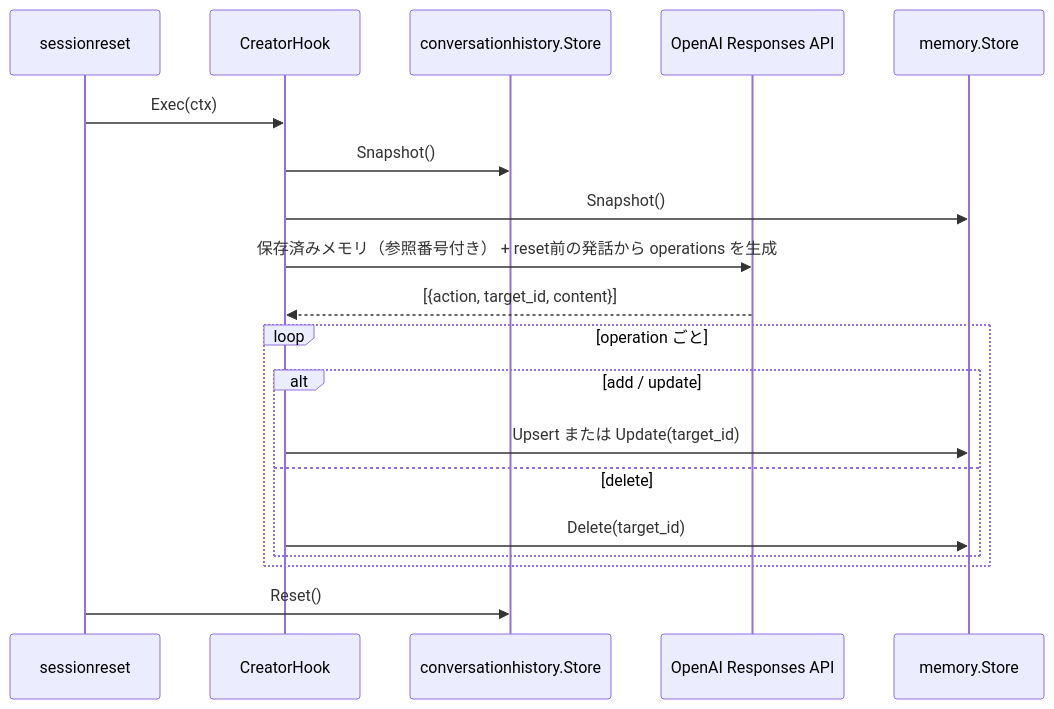
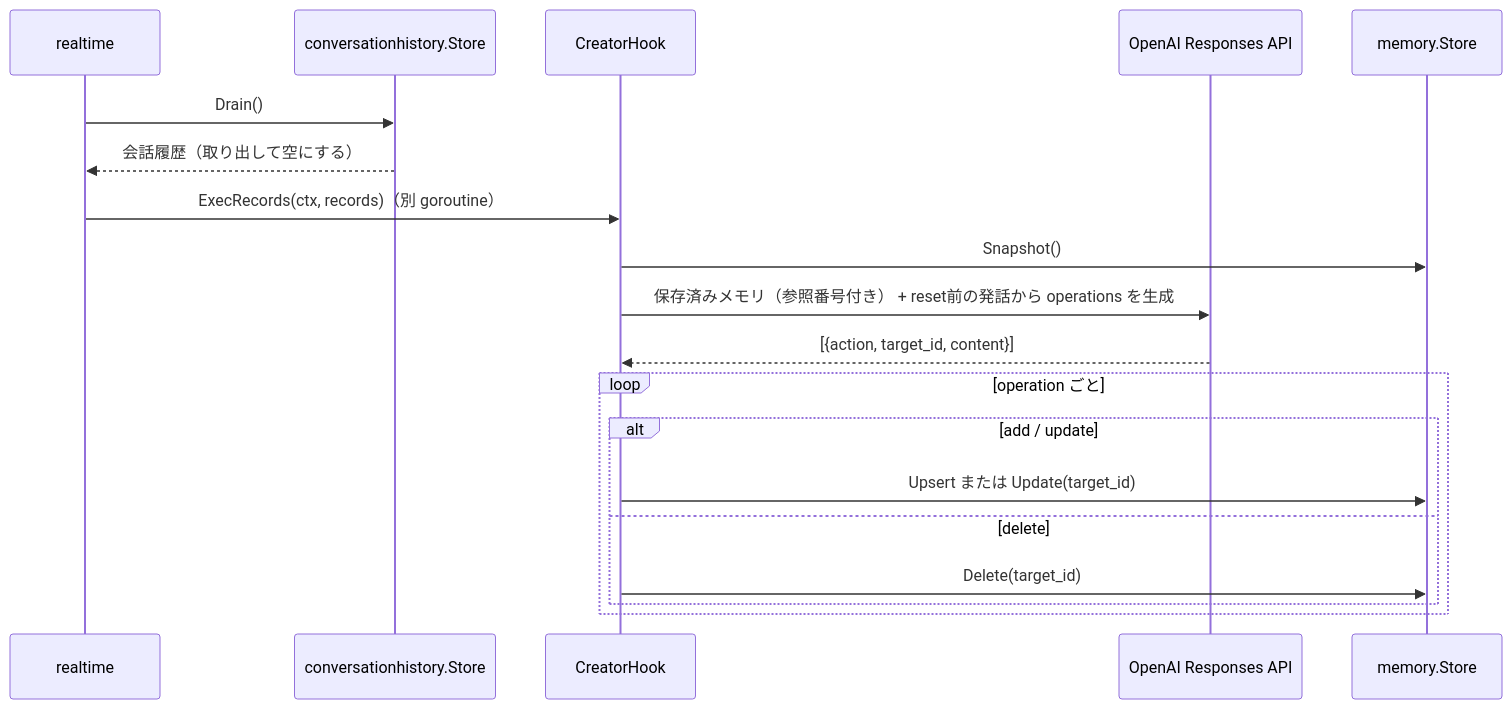
The first of 3 diagrams in docs/hooks/memory.md (tetetratra/smart-speaker), drawn with Mermaid before and after one commit. The commit also changed other lines of this file and 56 other files, not shown here.

````diff
--- a/docs/hooks/memory.md
+++ b/docs/hooks/memory.md
@@ -78,22 +78,22 @@
 ```mermaid
 sequenceDiagram
-    participant SR as sessionreset
+    participant RT as realtime
+    participant Hist as conversationhistory.Store
     participant Hook as CreatorHook
-    participant Hist as conversationhistory.Store
     participant OpenAI as OpenAI Responses API
     participant Store as memory.Store
 
-    SR->>Hook: Exec(ctx)
-    Hook->>Hist: Snapshot()
+    RT->>Hist: Drain()
+    Hist-->>RT: 会話履歴（取り出して空にする）
+    RT->>Hook: ExecRecords(ctx, records)（別 goroutine）
     Hook->>Store: Snapshot()
     Hook->>OpenAI: 保存済みメモリ（参照番号付き） + reset前の発話から operations を生成
     OpenAI-->>Hook: [{action, target_id, content}]
     loop operation ごと
         alt add / update
             Hook->>Store: Upsert または Update(target_id)
         else delete
             Hook->>Store: Delete(target_id)
         end
     end
-    SR->>Hist: Reset()
 ```
````
